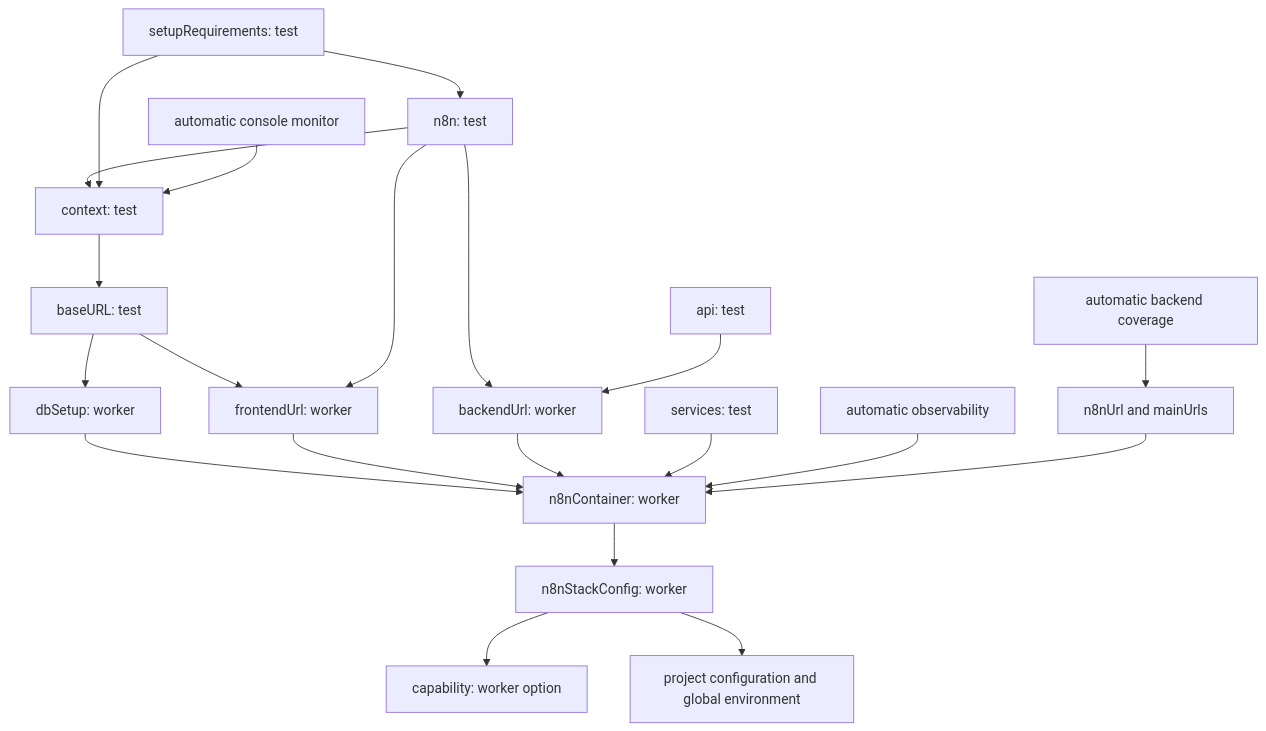
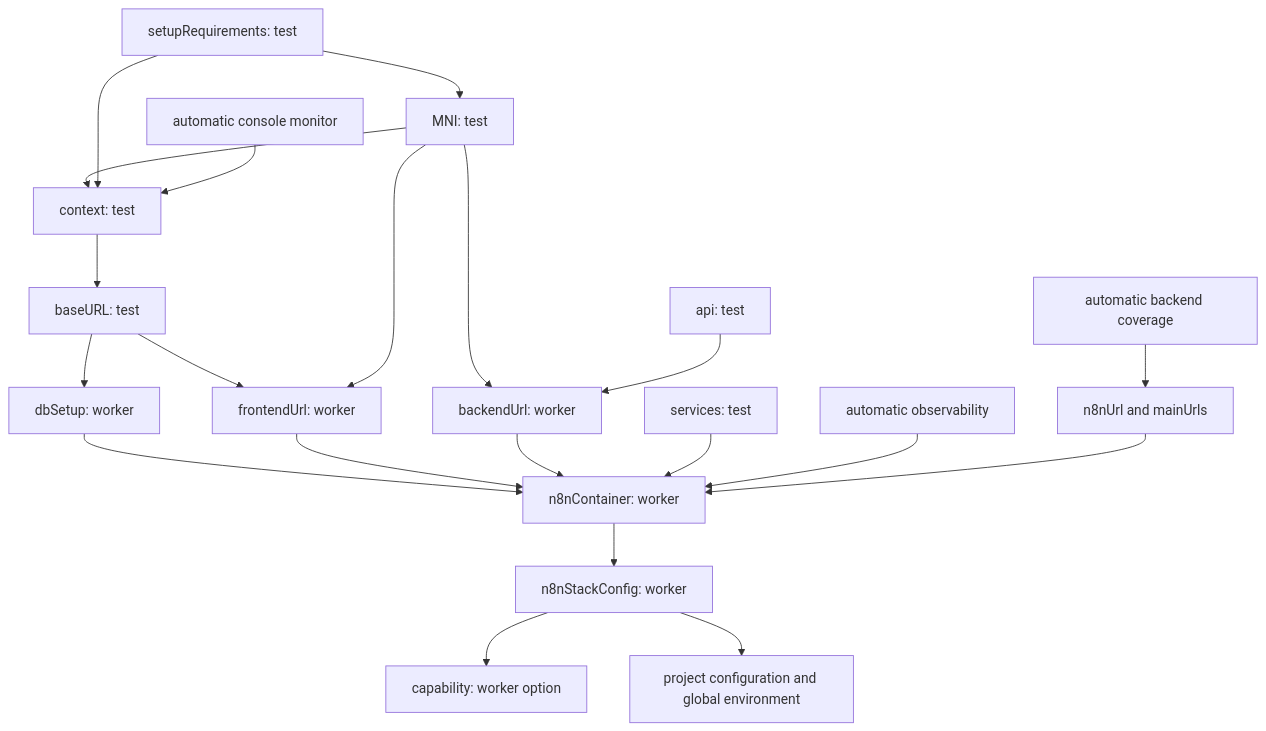
Before and after one commit to Rajsingh18110/MNI: the diagram in packages/testing/playwright/docs/HARNESS_BASELINE.md, drawn with Mermaid. The commit also changed other lines of this file and 2767 other files, not shown here.

````diff
--- a/packages/testing/playwright/docs/HARNESS_BASELINE.md
+++ b/packages/testing/playwright/docs/HARNESS_BASELINE.md
@@ -142,23 +142,23 @@
 ```mermaid
 flowchart TD
     stack[n8nContainer: worker] --> config[n8nStackConfig: worker]
     config --> capability[capability: worker option]
     config --> project[project configuration and global environment]
     bootstrap[dbSetup: worker] --> stack
     frontend[frontendUrl: worker] --> stack
     backend[backendUrl: worker] --> stack
     baseURL[baseURL: test] --> frontend
     baseURL --> bootstrap
     context[context: test] --> baseURL
-    n8n[n8n: test] --> context
-    n8n --> backend
-    n8n --> frontend
+    MNI[MNI: test] --> context
+    MNI --> backend
+    MNI --> frontend
     api[api: test] --> backend
     services[services: test] --> stack
-    requirements[setupRequirements: test] --> n8n
+    requirements[setupRequirements: test] --> MNI
     requirements --> context
     console[automatic console monitor] --> context
     diagnostics[automatic observability] --> stack
     coverage[automatic backend coverage] --> urls[n8nUrl and mainUrls]
     urls --> stack
 ```
````
